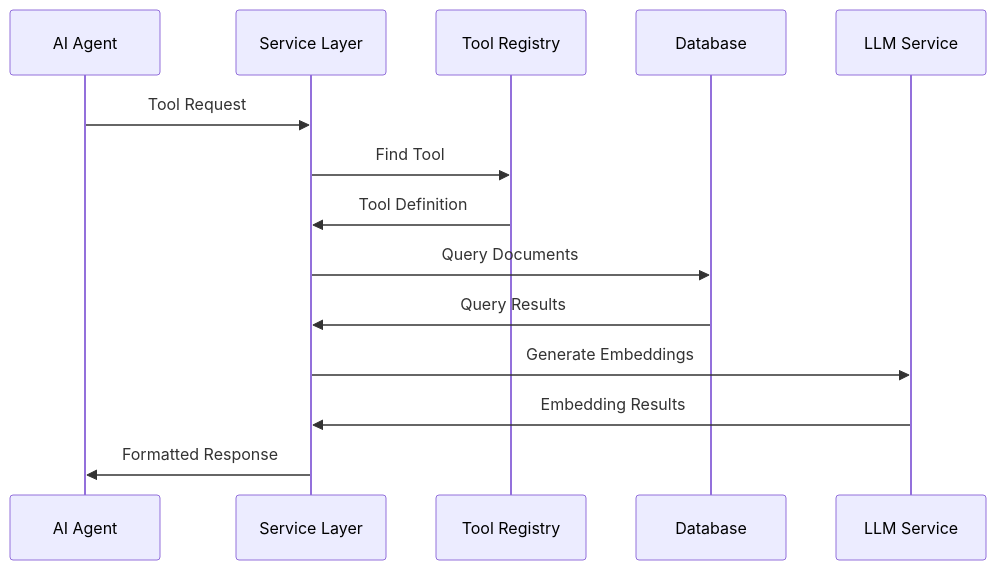
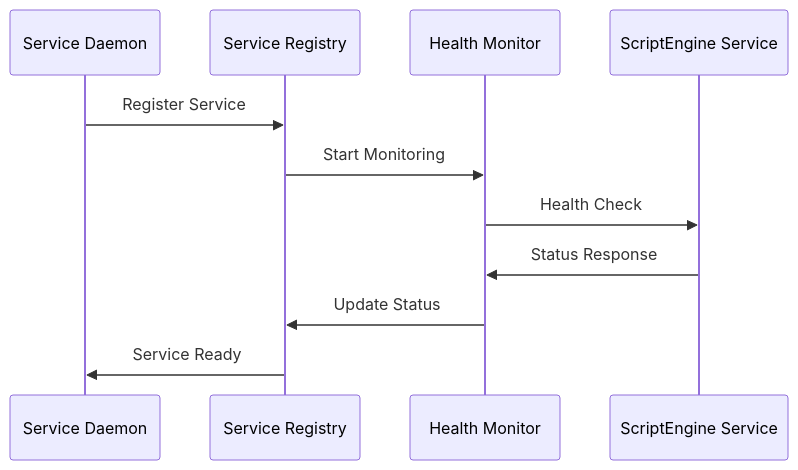
One commit to Mootikins/crucible changed the fifth of 6 diagrams in docs/ARCHITECTURE.md. Above: the diagram before and after it, drawn with Mermaid. The commit also changed other lines of this file and 181 other files, not shown here.

````diff
--- a/docs/ARCHITECTURE.md
+++ b/docs/ARCHITECTURE.md
@@ -204,17 +263,14 @@
 ```mermaid
 sequenceDiagram
-    participant AI as AI Agent
-    participant Service as Service Layer
-    participant Tool as Tool Registry
-    participant DB as Database
-    participant LLM as LLM Service
+    participant Daemon as Service Daemon
+    participant Registry as Service Registry
+    participant Health as Health Monitor
+    participant Service as ScriptEngine Service
 
-    AI->>Service: Tool Request
-    Service->>Tool: Find Tool
-    Tool->>Service: Tool Definition
-    Service->>DB: Query Documents
-    DB->>Service: Query Results
-    Service->>LLM: Generate Embeddings
-    LLM->>Service: Embedding Results
-    Service->>AI: Formatted Response
+    Daemon->>Registry: Register Service
+    Registry->>Health: Start Monitoring
+    Health->>Service: Health Check
+    Service->>Health: Status Response
+    Health->>Registry: Update Status
+    Registry->>Daemon: Service Ready
 ```
````
